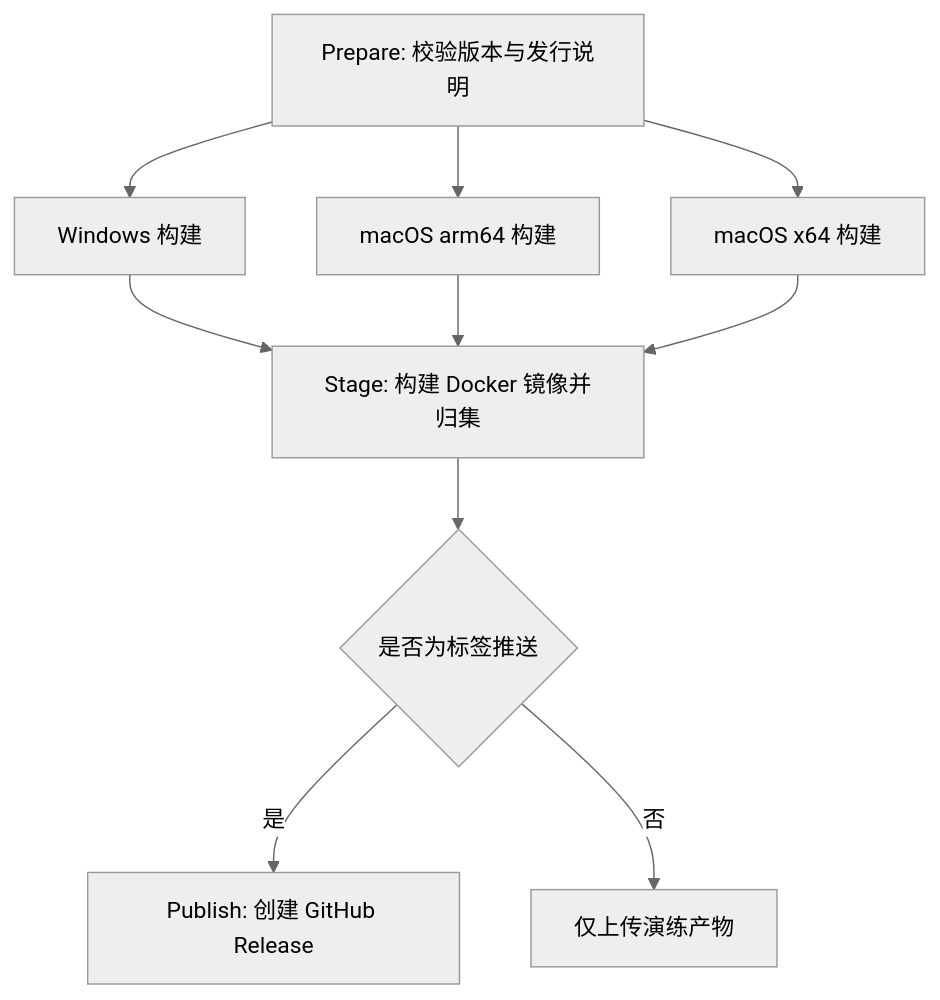
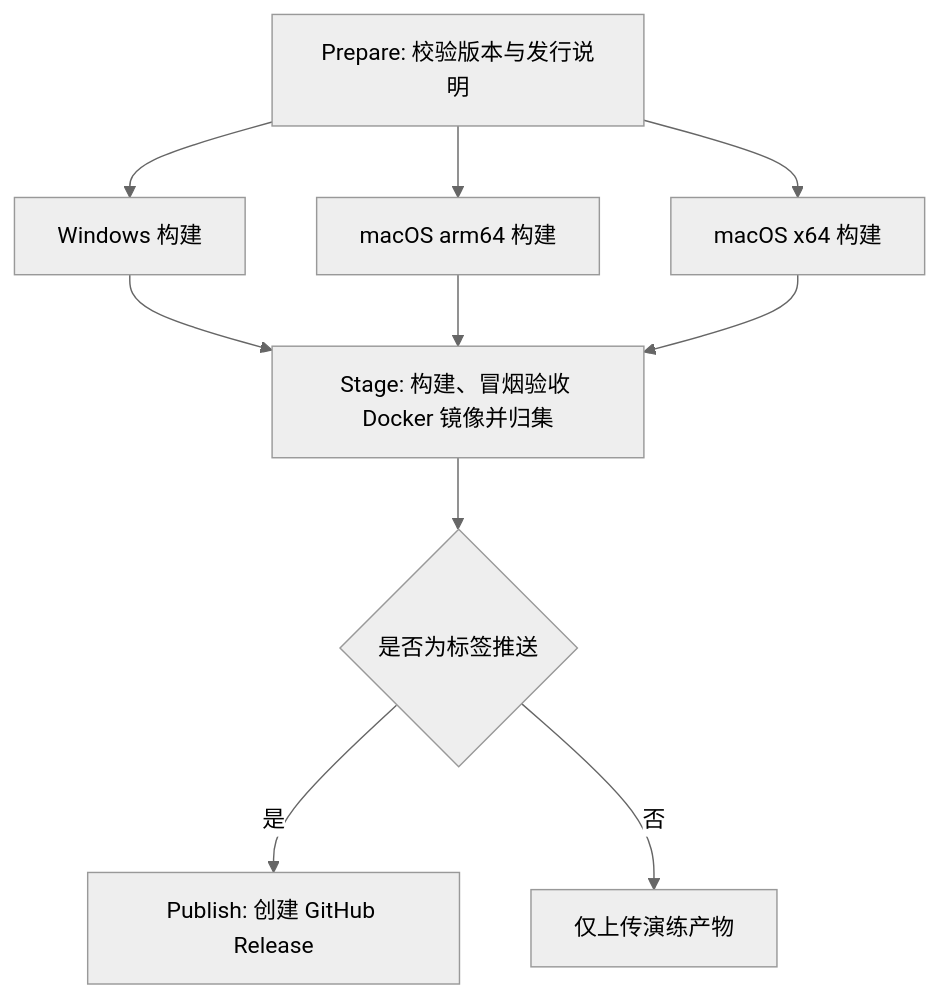
Before and after one commit to SkyJourney/MorphDoc: the second of 2 diagrams in docs/WORKFLOW.md, drawn with Mermaid (neutral theme). The commit also changed other lines of this file and 13 other files, not shown here.

````diff
--- a/docs/WORKFLOW.md
+++ b/docs/WORKFLOW.md
@@ -202,12 +201,12 @@
 ```mermaid
 flowchart TD
     A["Prepare: 校验版本与发行说明"] --> B["Windows 构建"]
     A --> C["macOS arm64 构建"]
     A --> D["macOS x64 构建"]
-    B --> E["Stage: 构建 Docker 镜像并归集"]
+    B --> E["Stage: 构建、冒烟验收 Docker 镜像并归集"]
     C --> E
     D --> E
     E --> F{"是否为标签推送"}
     F -->|"是"| G["Publish: 创建 GitHub Release"]
     F -->|"否"| H["仅上传演练产物"]
 ```
````
